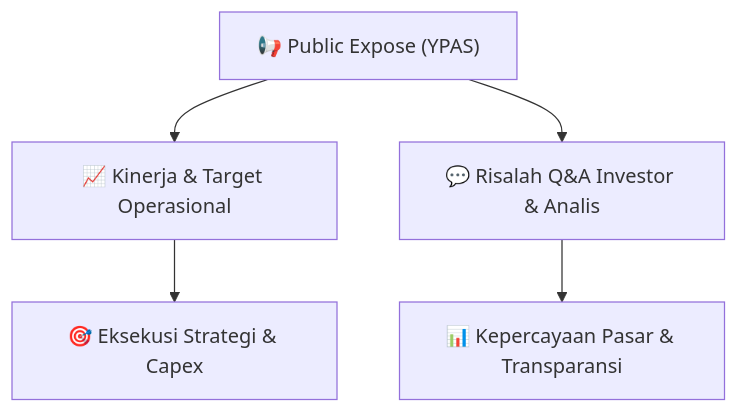
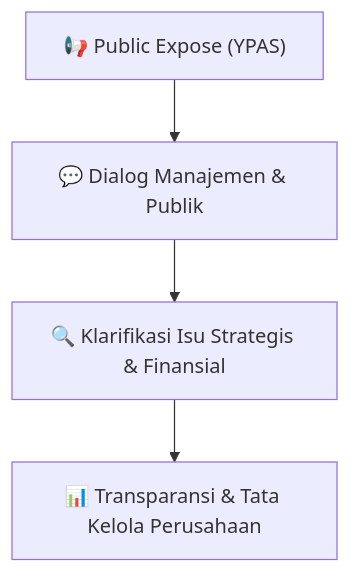
Before and after one commit to anYoneo/alphadigest-idx: the diagram in Finplan_analyst/knowledge-base/public-exposes/hasil-pubex/YPAS_Public_Expose_20260831.md, drawn with Mermaid. The commit also changed other lines of this file and 526 other files, not shown here.

````diff
--- a/Finplan_analyst/knowledge-base/public-exposes/hasil-pubex/YPAS_Public_Expose_20260831.md
+++ b/Finplan_analyst/knowledge-base/public-exposes/hasil-pubex/YPAS_Public_Expose_20260831.md
@@ -27,7 +29,6 @@
 ```mermaid
 flowchart TD
-    A["📢 Public Expose (YPAS)"] --> B["📈 Kinerja & Target Operasional"]
-    A --> C["💬 Risalah Q&A Investor & Analis"]
-    B --> D["🎯 Eksekusi Strategi & Capex"]
-    C --> E["📊 Kepercayaan Pasar & Transparansi"]
+    A["📢 Public Expose (YPAS)"] --> B["💬 Dialog Manajemen & Publik"]
+    B --> C["🔍 Klarifikasi Isu Strategis & Finansial"]
+    C --> D["📊 Transparansi & Tata Kelola Perusahaan"]
 ```
````
